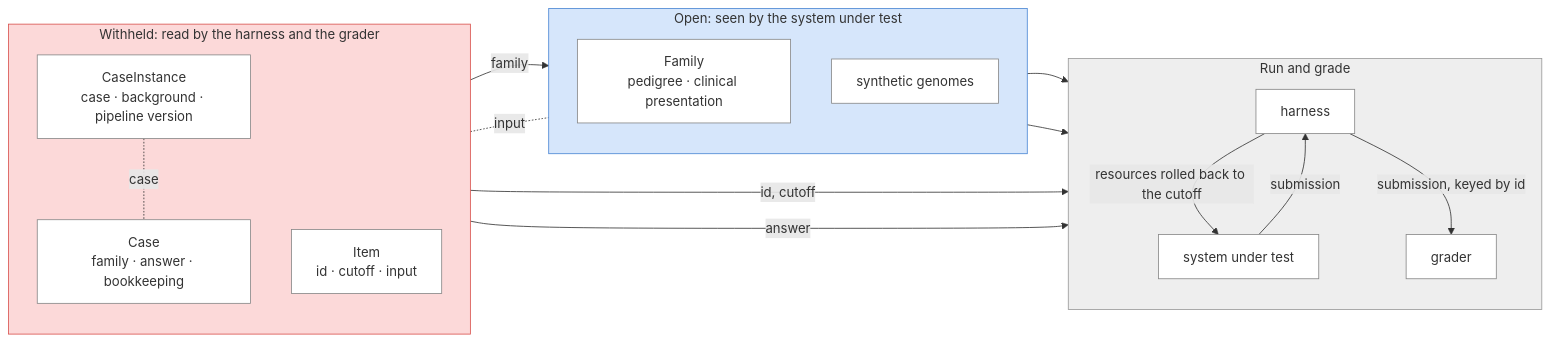
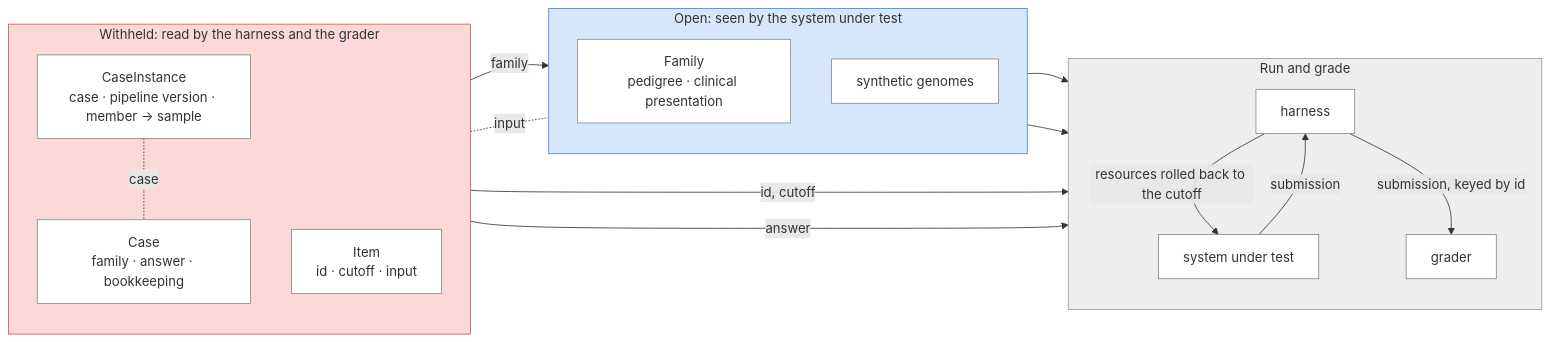
Before and after one commit to populationgenomics/rare-disease-benchmark: the fourth of 4 diagrams in docs/schema.md, drawn with Mermaid. The commit also changed other lines of this file and 9 other files, not shown here.

First line of the commit message:
schema: map case members to real samples

````diff
--- a/docs/schema.md
+++ b/docs/schema.md
@@ -324,38 +319,38 @@
 ```mermaid
 flowchart LR
     subgraph W["Withheld: read by the harness and the grader"]
         direction TB
         CASE["Case<br/>family · answer · bookkeeping"]
-        INST["CaseInstance<br/>case · background · pipeline version"]
+        INST["CaseInstance<br/>case · pipeline version · member → sample"]
         ITEM["Item<br/>id · cutoff · input"]
     end
 
     subgraph O["Open: seen by the system under test"]
         direction TB
         FAM["Family<br/>pedigree · clinical presentation"]
         FILES["synthetic genomes"]
     end
 
     subgraph G["Run and grade"]
         direction TB
         HARNESS["harness"]
         SUT["system under test"]
         GRADER["grader"]
     end
 
     CASE -- "family" --> FAM
     INST -. "case" .- CASE
     ITEM -. "input" .- FAM
     ITEM -- "id, cutoff" --> HARNESS
     FAM --> SUT
     FILES --> SUT
     HARNESS -- "resources rolled back to the cutoff" --> SUT
     SUT -- "submission" --> HARNESS
     HARNESS -- "submission, keyed by id" --> GRADER
     CASE -- "answer" --> GRADER
 
     classDef default fill:#ffffff,stroke:#888888
     style W fill:#fcd9d9,stroke:#d9534f
     style O fill:#d6e6fb,stroke:#4a86d4
     style G fill:#eeeeee,stroke:#999999
 ```
````
